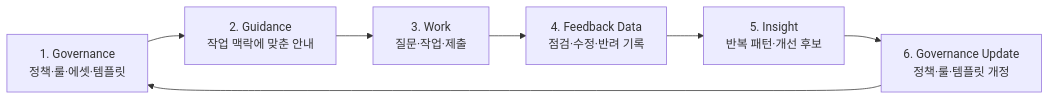
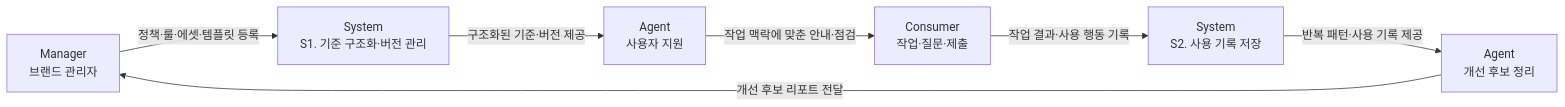
One commit to ewoooo/living-brand-system changed the second of 2 diagrams in docs/01-product.md. Above: the diagram before and after it, drawn with Mermaid. The commit also changed other lines of this file and 8 other files, not shown here.

Commit message:
docs: align product architecture and guidelines

````diff
--- a/docs/01-product.md
+++ b/docs/01-product.md
@@ -64,16 +93,16 @@
 ```mermaid
 flowchart LR
-  G["1. Governance<br/>정책·룰·에셋·템플릿"]
-  R["2. Guidance<br/>작업 맥락에 맞춘 안내"]
-  W["3. Work<br/>질문·작업·제출"]
-  F["4. Feedback Data<br/>점검·수정·반려 기록"]
-  I["5. Insight<br/>반복 패턴·개선 후보"]
-  U["6. Governance Update<br/>정책·룰·템플릿 개정"]
+  M["Manager<br/>브랜드 관리자"]
+  S1["System<br/>S1. 기준 구조화·버전 관리"]
+  A1["Agent<br/>사용자 지원"]
+  C["Consumer<br/>작업·질문·제출"]
+  S2["System<br/>S2. 사용 기록 저장"]
+  A2["Agent<br/>개선 후보 정리"]
 
-  G --> R
-  R --> W
-  W --> F
-  F --> I
-  I --> U
-  U --> G
+  M -->|"정책·룰·에셋·템플릿 등록"| S1
+  S1 -->|"구조화된 기준·버전 제공"| A1
+  A1 -->|"작업 맥락에 맞춘 안내·점검"| C
+  C -->|"작업 결과·사용 행동 기록"| S2
+  S2 -->|"반복 패턴·사용 기록 제공"| A2
+  A2 -->|"개선 후보 리포트 전달"| M
 ```
````
